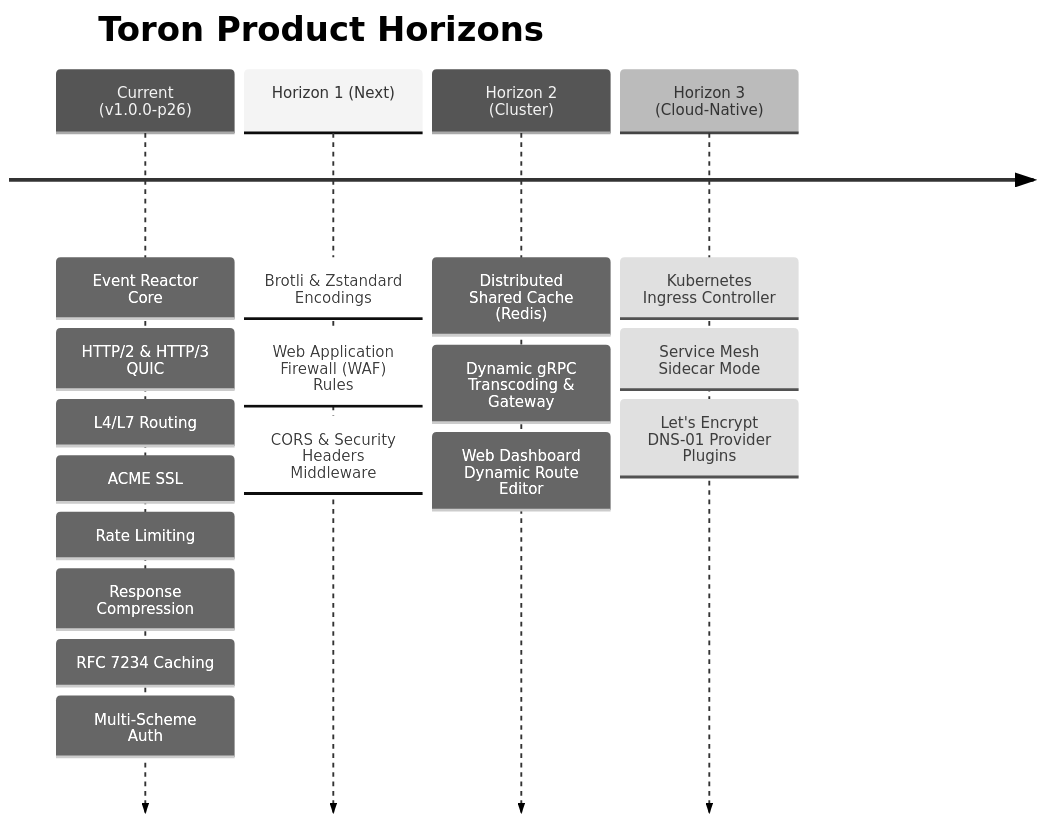
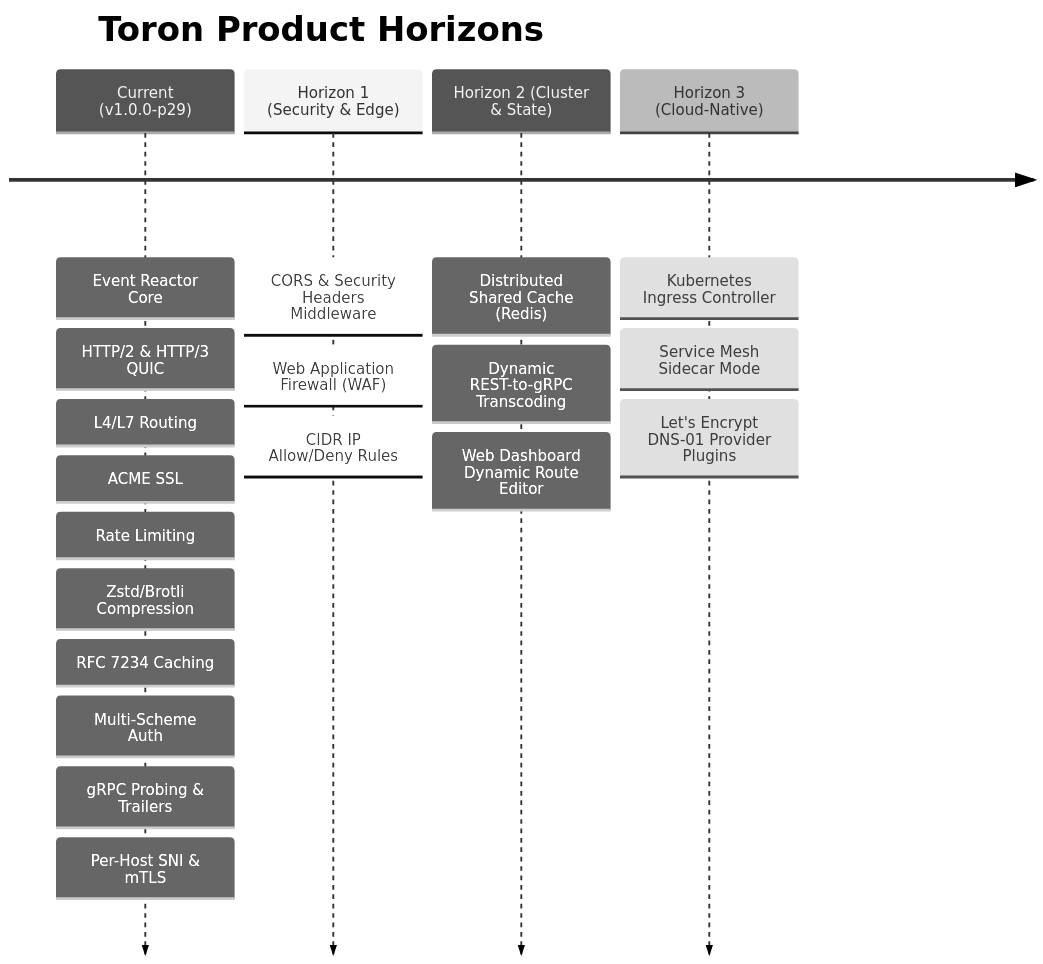
The second of 2 diagrams in PRODUCT_REVIEW.md (SayantanSaha/toron), drawn with Mermaid (neutral theme) before and after one commit. The commit also changed other lines of this file, not shown here.

Commit message:
docs: update product owner evaluation to v1.0.0-p29 reflecting Zstd/Brotli, gRPC gateway, and per-host SNI/mTLS

````diff
--- a/PRODUCT_REVIEW.md
+++ b/PRODUCT_REVIEW.md
@@ -116,8 +124,8 @@
 ```mermaid
 timeline
     title Toron Product Horizons
-    Current (v1.0.0-p26) : Event Reactor Core : HTTP/2 & HTTP/3 QUIC : L4/L7 Routing : ACME SSL : Rate Limiting : Response Compression : RFC 7234 Caching : Multi-Scheme Auth
-    Horizon 1 (Next) : Brotli & Zstandard Encodings : Web Application Firewall (WAF) Rules : CORS & Security Headers Middleware
-    Horizon 2 (Cluster) : Distributed Shared Cache (Redis) : Dynamic gRPC Transcoding & Gateway : Web Dashboard Dynamic Route Editor
+    Current (v1.0.0-p29) : Event Reactor Core : HTTP/2 & HTTP/3 QUIC : L4/L7 Routing : ACME SSL : Rate Limiting : Zstd/Brotli Compression : RFC 7234 Caching : Multi-Scheme Auth : gRPC Probing & Trailers : Per-Host SNI & mTLS
+    Horizon 1 (Security & Edge) : CORS & Security Headers Middleware : Web Application Firewall (WAF) : CIDR IP Allow/Deny Rules
+    Horizon 2 (Cluster & State) : Distributed Shared Cache (Redis) : Dynamic REST-to-gRPC Transcoding : Web Dashboard Dynamic Route Editor
     Horizon 3 (Cloud-Native) : Kubernetes Ingress Controller : Service Mesh Sidecar Mode : Let's Encrypt DNS-01 Provider Plugins
 ```
````
